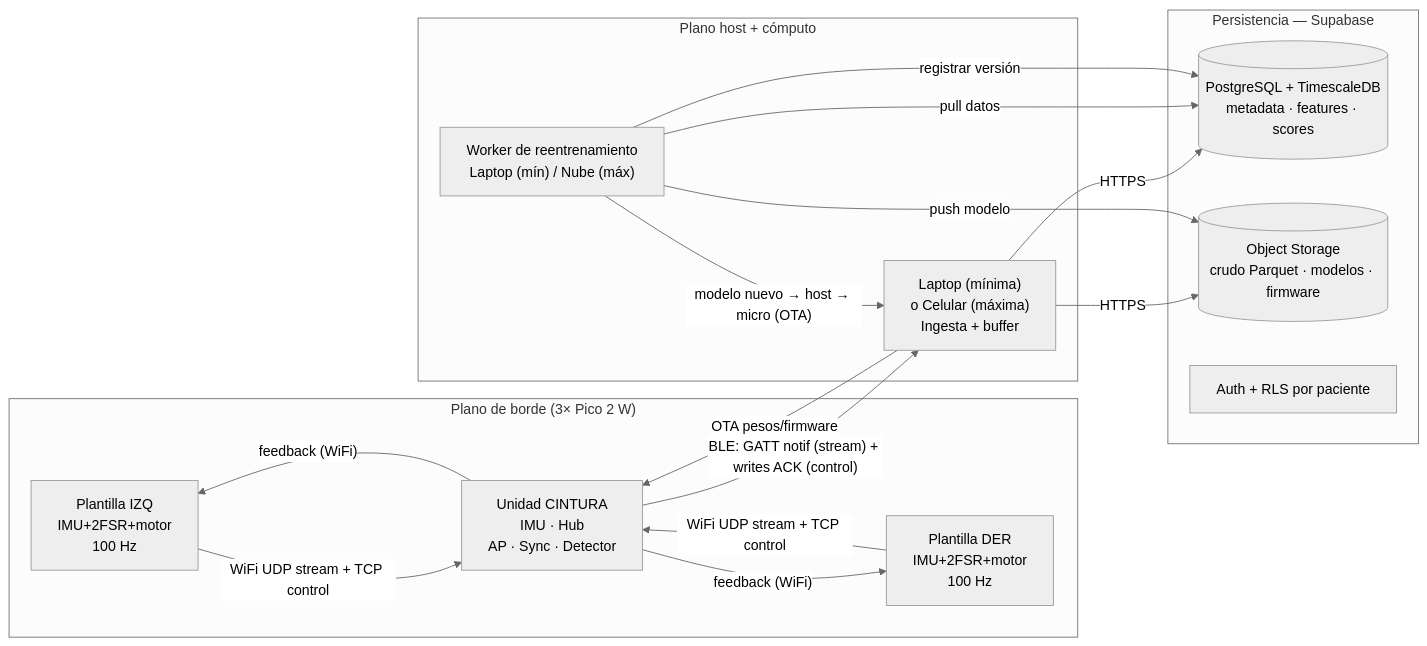
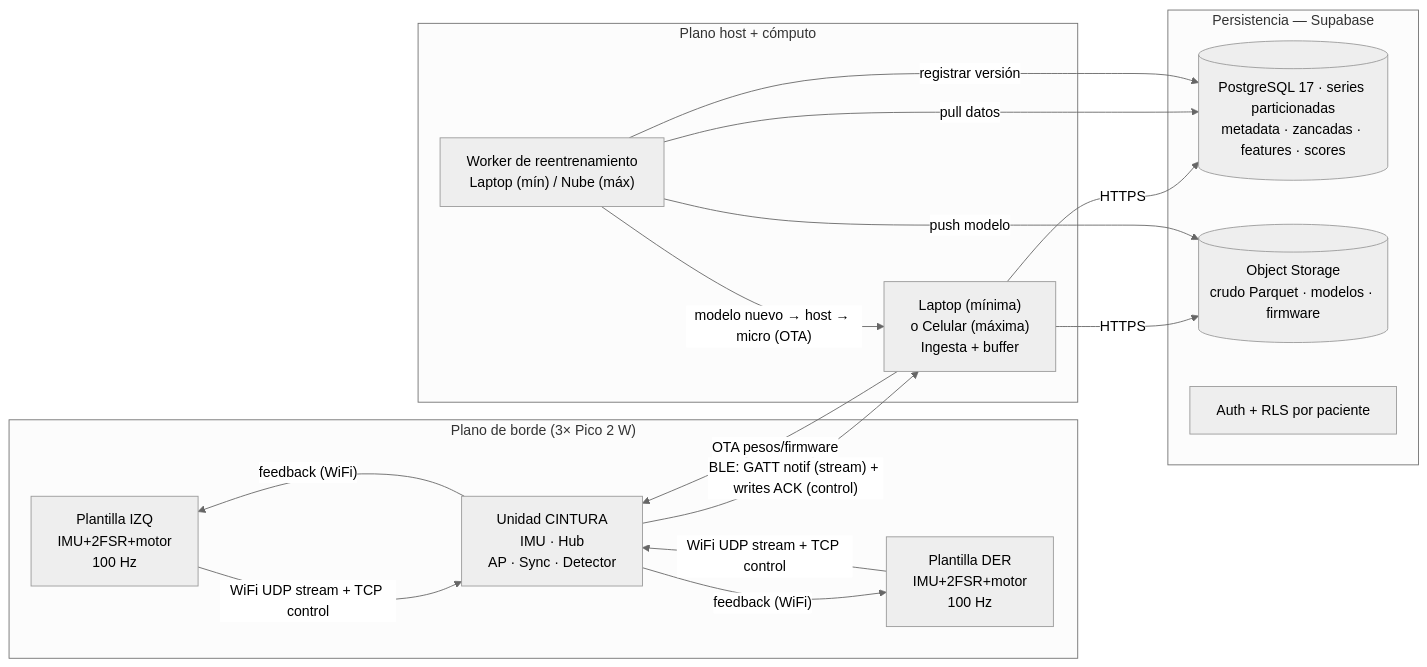
Before and after one commit to juanbag25/Tesis_Gramaglia_Azcueta: the diagram in docs/arquitectura/Arquitectura_Sistema_Marcha.md, drawn with Mermaid (neutral theme). The commit also changed other lines of this file and 17 other files, not shown here.

````diff
--- a/docs/arquitectura/Arquitectura_Sistema_Marcha.md
+++ b/docs/arquitectura/Arquitectura_Sistema_Marcha.md
@@ -88,30 +88,30 @@
 ```mermaid
 flowchart LR
     subgraph BORDE["Plano de borde (3× Pico 2 W)"]
         PI["Plantilla IZQ\nIMU+2FSR+motor\n100 Hz"]
         PD["Plantilla DER\nIMU+2FSR+motor\n100 Hz"]
         CI["Unidad CINTURA\nIMU · Hub\nAP · Sync · Detector"]
     end
     subgraph HOST["Plano host + cómputo"]
         LT["Laptop (mínima)\no Celular (máxima)\nIngesta + buffer"]
         WK["Worker de reentrenamiento\nLaptop (mín) / Nube (máx)"]
     end
     subgraph CLOUD["Persistencia — Supabase"]
-        DB[("PostgreSQL + TimescaleDB\nmetadata · features · scores")]
+        DB[("PostgreSQL 17 · series particionadas\nmetadata · zancadas · features · scores")]
         OBJ[("Object Storage\ncrudo Parquet · modelos · firmware")]
         AUTH["Auth + RLS por paciente"]
     end
 
     PI -- "WiFi UDP stream + TCP control" --> CI
     PD -- "WiFi UDP stream + TCP control" --> CI
     CI -- "feedback (WiFi)" --> PI
     CI -- "feedback (WiFi)" --> PD
     CI -- "BLE: GATT notif (stream) + writes ACK (control)" --> LT
     LT -- "HTTPS" --> DB
     LT -- "HTTPS" --> OBJ
     WK -- "pull datos" --> DB
     WK -- "push modelo" --> OBJ
     WK -- "registrar versión" --> DB
     WK -- "modelo nuevo → host → micro (OTA)" --> LT
     LT -- "OTA pesos/firmware" --> CI
 ```
````
